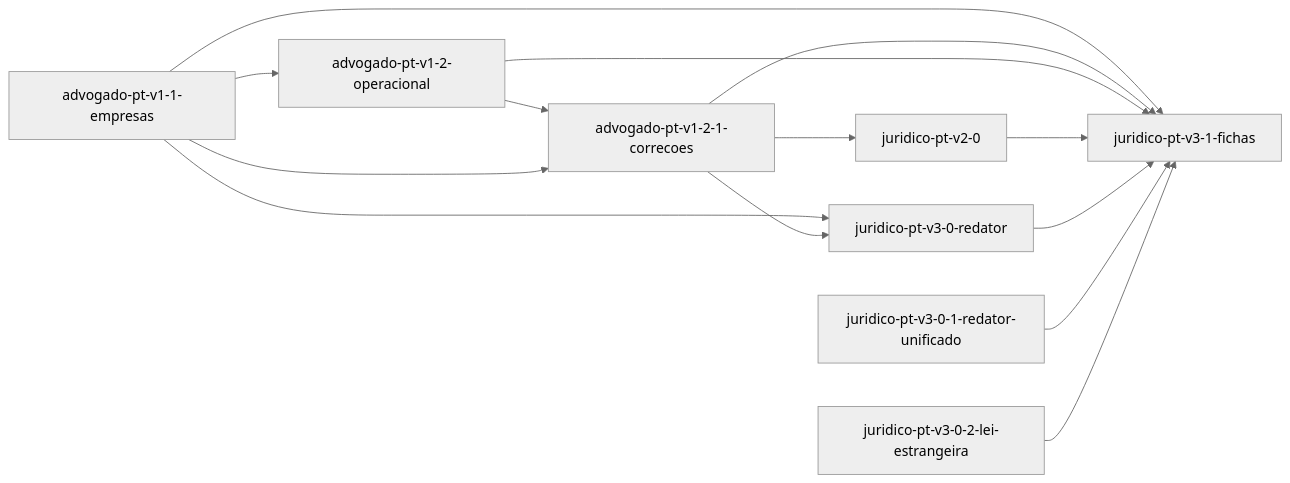
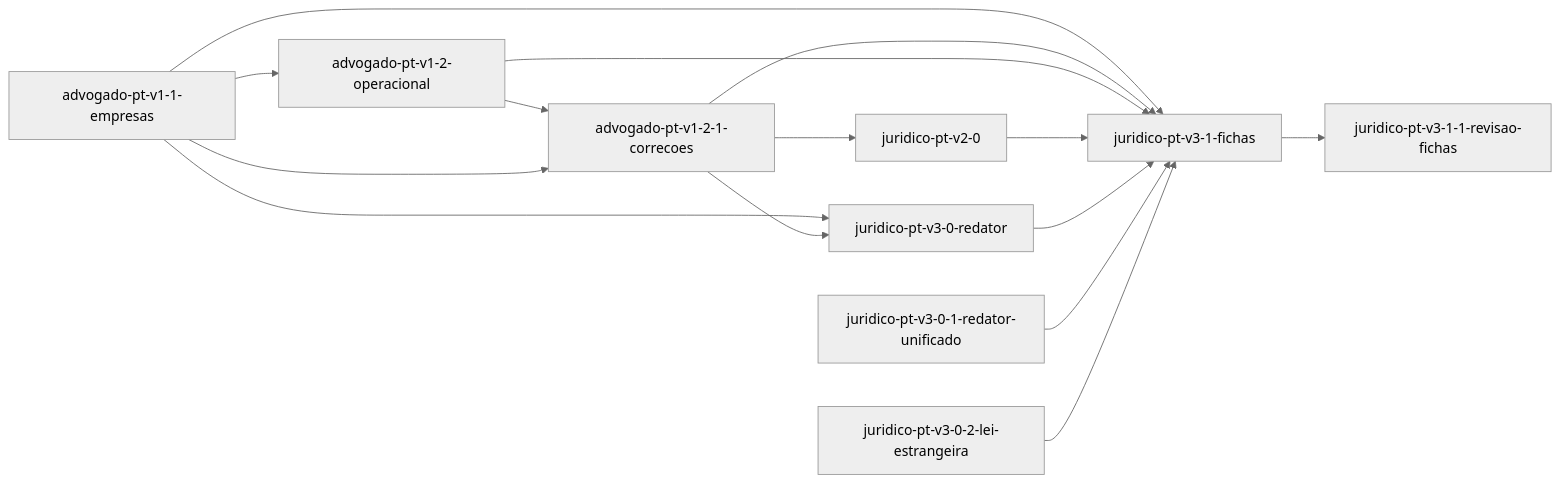
The diagram in .specs/ROADMAP.md (linofcp007/juridico-pt), drawn with Mermaid (neutral theme) before and after one commit. The commit also changed other lines of this file and 158 other files, not shown here.

````diff
--- a/.specs/ROADMAP.md
+++ b/.specs/ROADMAP.md
@@ -29,16 +30,17 @@
 ```mermaid
 graph LR
   f_advogado_pt_v1_2_operacional["advogado-pt-v1-2-operacional"] --> f_advogado_pt_v1_2_1_correcoes["advogado-pt-v1-2-1-correcoes"]
   f_advogado_pt_v1_1_empresas["advogado-pt-v1-1-empresas"] --> f_advogado_pt_v1_2_1_correcoes["advogado-pt-v1-2-1-correcoes"]
   f_advogado_pt_v1_1_empresas["advogado-pt-v1-1-empresas"] --> f_advogado_pt_v1_2_operacional["advogado-pt-v1-2-operacional"]
   f_advogado_pt_v1_2_1_correcoes["advogado-pt-v1-2-1-correcoes"] --> f_juridico_pt_v2_0["juridico-pt-v2-0"]
   f_advogado_pt_v1_1_empresas["advogado-pt-v1-1-empresas"] --> f_juridico_pt_v3_0_redator["juridico-pt-v3-0-redator"]
   f_advogado_pt_v1_2_1_correcoes["advogado-pt-v1-2-1-correcoes"] --> f_juridico_pt_v3_0_redator["juridico-pt-v3-0-redator"]
+  f_juridico_pt_v3_1_fichas["juridico-pt-v3-1-fichas"] --> f_juridico_pt_v3_1_1_revisao_fichas["juridico-pt-v3-1-1-revisao-fichas"]
   f_advogado_pt_v1_1_empresas["advogado-pt-v1-1-empresas"] --> f_juridico_pt_v3_1_fichas["juridico-pt-v3-1-fichas"]
   f_advogado_pt_v1_2_1_correcoes["advogado-pt-v1-2-1-correcoes"] --> f_juridico_pt_v3_1_fichas["juridico-pt-v3-1-fichas"]
   f_advogado_pt_v1_2_operacional["advogado-pt-v1-2-operacional"] --> f_juridico_pt_v3_1_fichas["juridico-pt-v3-1-fichas"]
   f_juridico_pt_v2_0["juridico-pt-v2-0"] --> f_juridico_pt_v3_1_fichas["juridico-pt-v3-1-fichas"]
   f_juridico_pt_v3_0_redator["juridico-pt-v3-0-redator"] --> f_juridico_pt_v3_1_fichas["juridico-pt-v3-1-fichas"]
   f_juridico_pt_v3_0_1_redator_unificado["juridico-pt-v3-0-1-redator-unificado"] --> f_juridico_pt_v3_1_fichas["juridico-pt-v3-1-fichas"]
   f_juridico_pt_v3_0_2_lei_estrangeira["juridico-pt-v3-0-2-lei-estrangeira"] --> f_juridico_pt_v3_1_fichas["juridico-pt-v3-1-fichas"]
 ```
````
